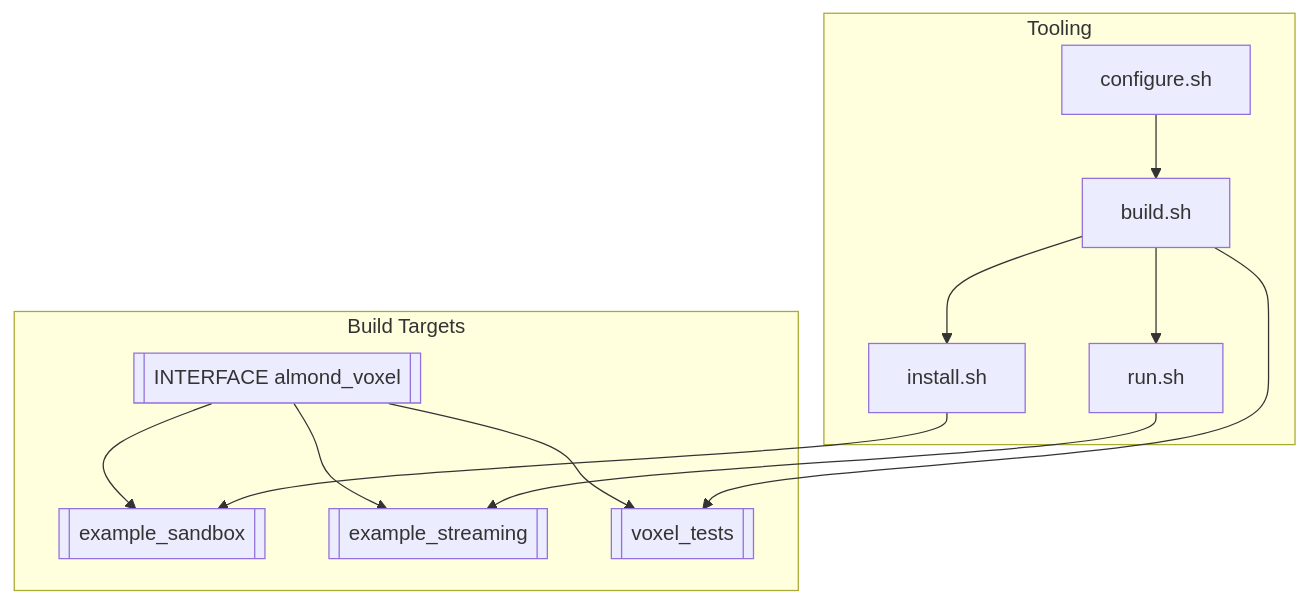
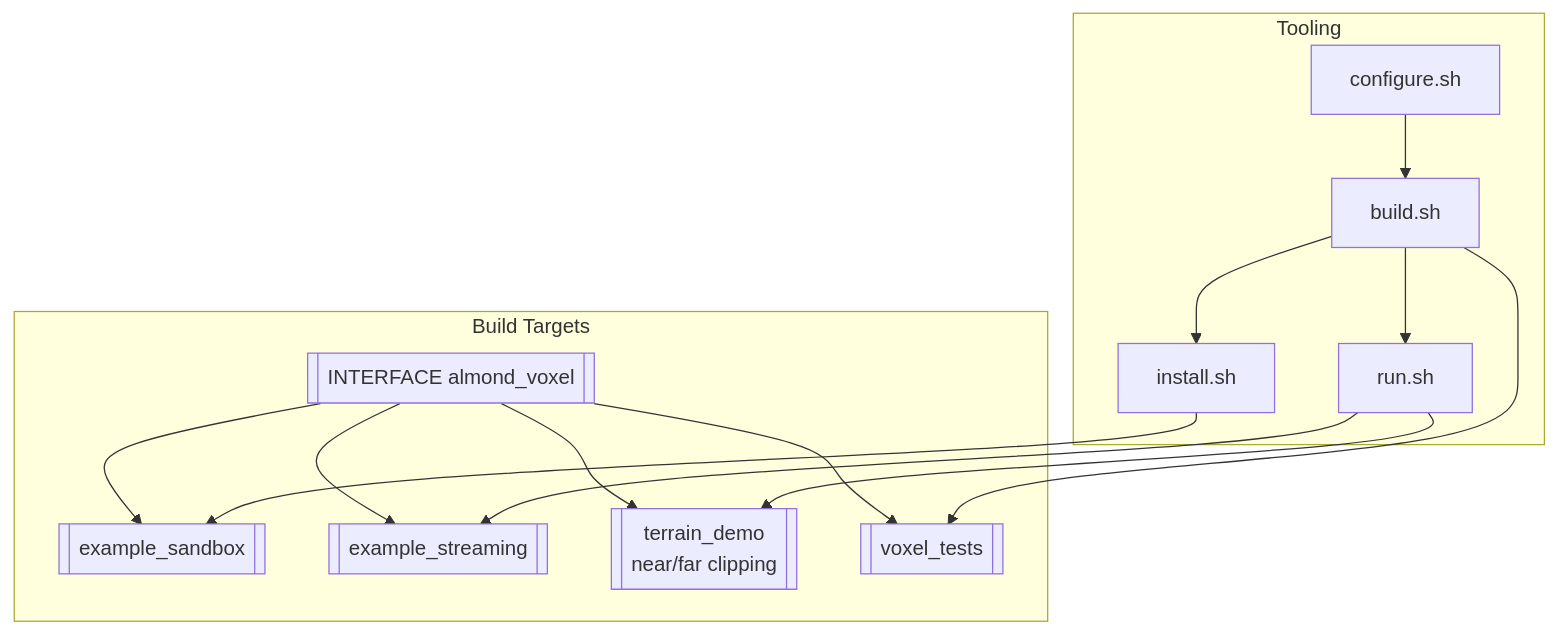
The second of 2 diagrams in README.md (Autodidac/AlmondVoxel), drawn with Mermaid before and after one commit. The commit also changed other lines of this file and 2 other files, not shown here.

Commit message:
Clip triangles against near and far planes

````diff
--- a/README.md
+++ b/README.md
@@ -54,24 +58,27 @@
 ```mermaid
 graph TD
     subgraph Build Targets
         HeaderOnly[[INTERFACE almond_voxel]]
         ExampleSandbox[[example_sandbox]]
         ExampleStreaming[[example_streaming]]
+        TerrainDemo[[terrain_demo\nnear/far clipping]]
         TestSuite[[voxel_tests]]
     end
 
     HeaderOnly --> ExampleSandbox
     HeaderOnly --> ExampleStreaming
+    HeaderOnly --> TerrainDemo
     HeaderOnly --> TestSuite
 
     subgraph Tooling
         Configure[configure.sh]
         Build[build.sh]
         Install[install.sh]
         Run[run.sh]
     end
 
     Configure --> Build --> TestSuite
     Build --> Install --> ExampleSandbox
     Build --> Run --> ExampleStreaming
+    Run --> TerrainDemo
 ```
````
